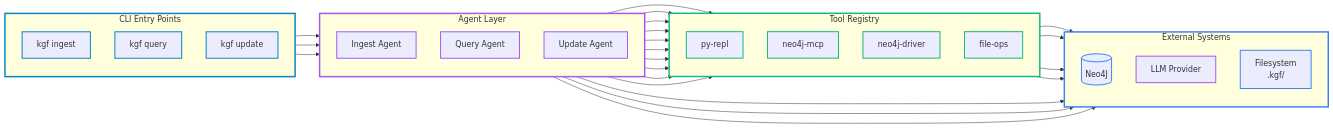
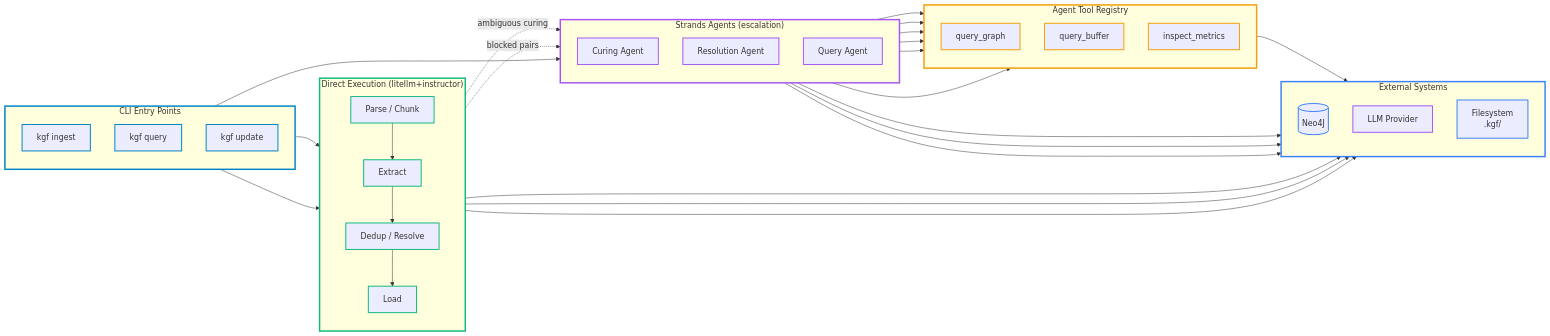
One commit to stellarshenson/knowledge-graph-foundry changed the first of 4 diagrams in docs/KGF_DESIGN.md. Above: the diagram before and after it, drawn with Mermaid. The commit also changed other lines of this file and 1 other file, not shown here.

First line of the commit message:
docs: replace aspirational agent architecture with hybrid design in KGF_DESIGN.md

````diff
--- a/docs/KGF_DESIGN.md
+++ b/docs/KGF_DESIGN.md
@@ -142,72 +142,82 @@
 ```mermaid
 graph LR
     subgraph CLI["CLI Entry Points"]
         direction TB
         INGEST["kgf ingest"]
         QUERY["kgf query"]
         UPDATE["kgf update"]
     end
 
-    subgraph AGENTS["Agent Layer"]
+    subgraph PIPELINE["Direct Execution (litellm+instructor)"]
         direction TB
-        IA["Ingest Agent"]
-        QA["Query Agent"]
-        UA["Update Agent"]
+        PARSE["Parse / Chunk"]
+        EXTRACT["Extract"]
+        DEDUP["Dedup / Resolve"]
+        LOAD["Load"]
     end
 
-    subgraph TOOLS["Tool Registry"]
+    subgraph AGENTS["Strands Agents (escalation)"]
         direction TB
-        PYREPL["py-repl"]
-        MCP["neo4j-mcp"]
-        DRIVER["neo4j-driver"]
-        FILEOPS["file-ops"]
+        CA["Curing Agent"]
+        RA["Resolution Agent"]
+        QA["Query Agent"]
+    end
+
+    subgraph TOOLS["Agent Tool Registry"]
+        direction TB
+        QG["query_graph"]
+        QB["query_buffer"]
+        IM["inspect_metrics"]
     end
 
     subgraph EXTERNAL["External Systems"]
         direction TB
         NEO4J[("Neo4J")]
         LLM["LLM Provider"]
         FS["Filesystem<br/>.kgf/"]
     end
 
-    INGEST --> IA
+    INGEST --> PARSE --> EXTRACT --> DEDUP --> LOAD
     QUERY --> QA
-    UPDATE --> UA
+    UPDATE --> PIPELINE
 
-    IA --> PYREPL
-    IA --> MCP
-    IA --> DRIVER
-    IA --> FILEOPS
-    QA --> MCP
-    QA --> FILEOPS
-    UA --> PYREPL
-    UA --> MCP
-    UA --> DRIVER
-    UA --> FILEOPS
+    EXTRACT -.->|ambiguous curing| CA
+    DEDUP -.->|blocked pairs| RA
 
-    MCP --> NEO4J
-    DRIVER --> NEO4J
-    PYREPL --> LLM
-    IA --> LLM
+    CA --> QG
+    CA --> QB
+    CA --> IM
+    RA --> QG
+    RA --> QB
+    QA --> QG
+
+    QG --> NEO4J
+    EXTRACT --> LLM
+    CA --> LLM
+    RA --> LLM
     QA --> LLM
-    UA --> LLM
-    FILEOPS --> FS
+    LOAD --> NEO4J
+    LOAD --> FS
 
     style CLI stroke:#0284c7,stroke-width:3px
+    style PIPELINE stroke:#10b981,stroke-width:3px
     style AGENTS stroke:#a855f7,stroke-width:3px
-    style TOOLS stroke:#10b981,stroke-width:3px
+    style TOOLS stroke:#f59e0b,stroke-width:3px
     style EXTERNAL stroke:#3b82f6,stroke-width:3px
     style INGEST stroke:#0284c7,stroke-width:2px
     style QUERY stroke:#0284c7,stroke-width:2px
     style UPDATE stroke:#0284c7,stroke-width:2px
-    style IA stroke:#a855f7,stroke-width:2px
+    style PARSE stroke:#10b981,stroke-width:2px
+    style EXTRACT stroke:#10b981,stroke-width:2px
+    style DEDUP stroke:#10b981,stroke-width:2px
+    style LOAD stroke:#10b981,stroke-width:2px
+    style CA stroke:#a855f7,stroke-width:2px
+    style RA stroke:#a855f7,stroke-width:2px
     style QA stroke:#a855f7,stroke-width:2px
-    style UA stroke:#a855f7,stroke-width:2px
-    style PYREPL stroke:#10b981,stroke-width:2px
-    style MCP stroke:#10b981,stroke-width:2px
-    style DRIVER stroke:#10b981,stroke-width:2px
-    style FILEOPS stroke:#10b981,stroke-width:2px
+    style QG stroke:#f59e0b,stroke-width:2px
+    style QB stroke:#f59e0b,stroke-width:2px
+    style IM stroke:#f59e0b,stroke-width:2px
     style NEO4J stroke:#3b82f6,stroke-width:2px
     style LLM stroke:#a855f7,stroke-width:2px
     style FS stroke:#3b82f6,stroke-width:2px
 ```
````
